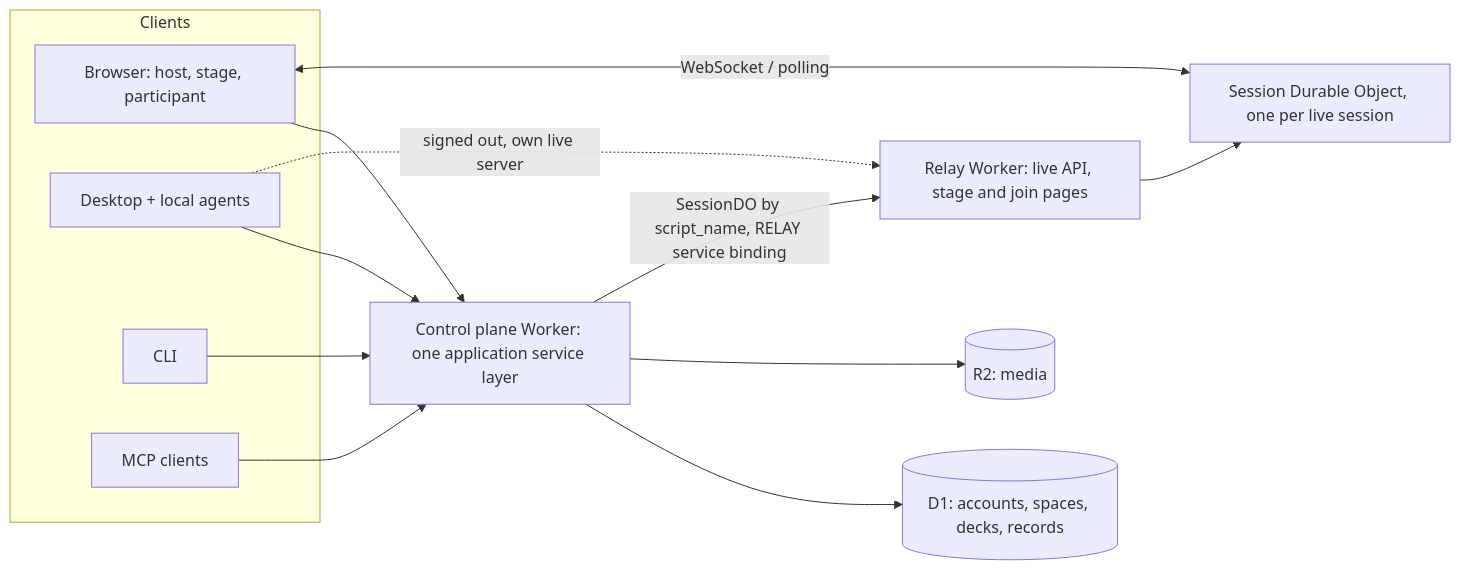
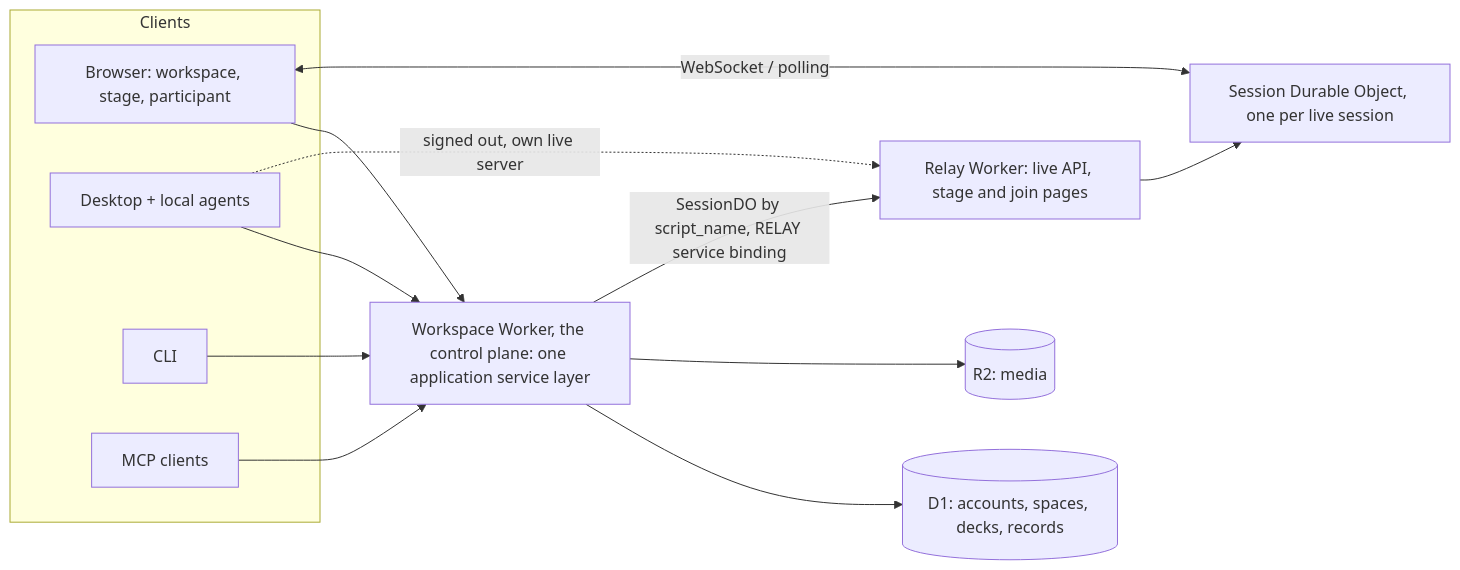
Before and after one commit to wisdomousai/openroom: the diagram in README.md, drawn with Mermaid. The commit also changed other lines of this file and 17 other files, not shown here.

````diff
--- a/README.md
+++ b/README.md
@@ -41,16 +41,16 @@
 ```mermaid
 flowchart LR
   subgraph Clients
-    B[Browser: host, stage, participant]
+    B[Browser: workspace, stage, participant]
     D[Desktop + local agents]
     C[CLI]
     M[MCP clients]
   end
-  B & D & C & M --> W[Control plane Worker: one application service layer]
+  B & D & C & M --> W[Workspace Worker, the control plane: one application service layer]
   W --> DB[(D1: accounts, spaces, decks, records)]
   W --> R2[(R2: media)]
   W -->|SessionDO by script_name, RELAY service binding| RL[Relay Worker: live API, stage and join pages]
   RL --> DO[Session Durable Object, one per live session]
   DO <-->|WebSocket / polling| B
   D -.->|signed out, own live server| RL
 ```
````
